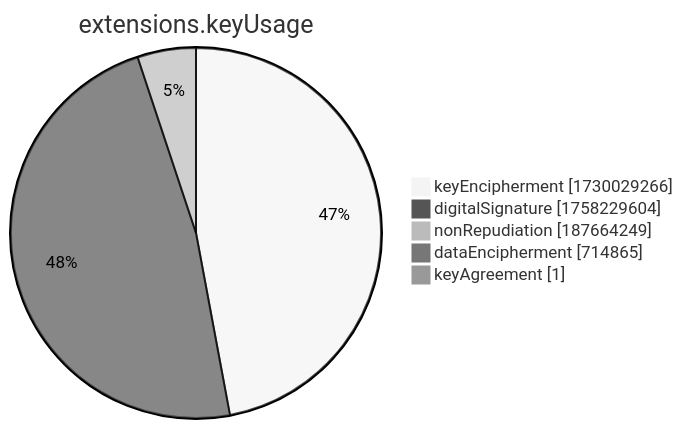
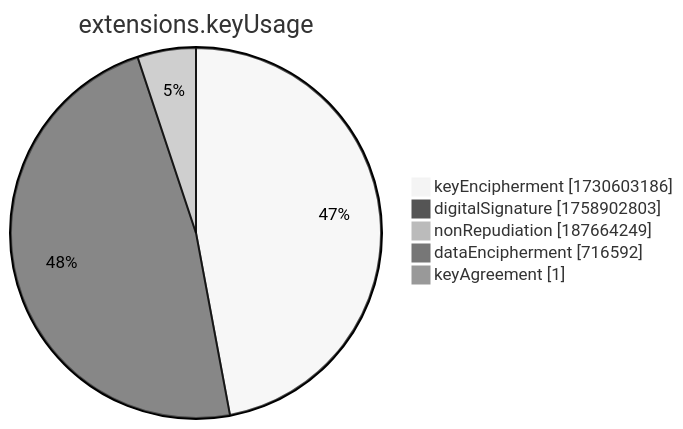
The seventh of 15 diagrams in xenon2022/README.md (christiankrug/ctmonitor_visualization), drawn with Mermaid (neutral theme) before and after one commit. The commit also changed other lines of this file, not shown here.

````diff
--- a/xenon2022/README.md
+++ b/xenon2022/README.md
@@ -2859,9 +2859,9 @@
 ```mermaid
 pie showData
 title extensions.keyUsage
-"keyEncipherment" :1730029266
-"digitalSignature" :1758229604
+"keyEncipherment" :1730603186
+"digitalSignature" :1758902803
 "nonRepudiation" :187664249
-"dataEncipherment" :714865
+"dataEncipherment" :716592
 "keyAgreement" :1
 ```
````
